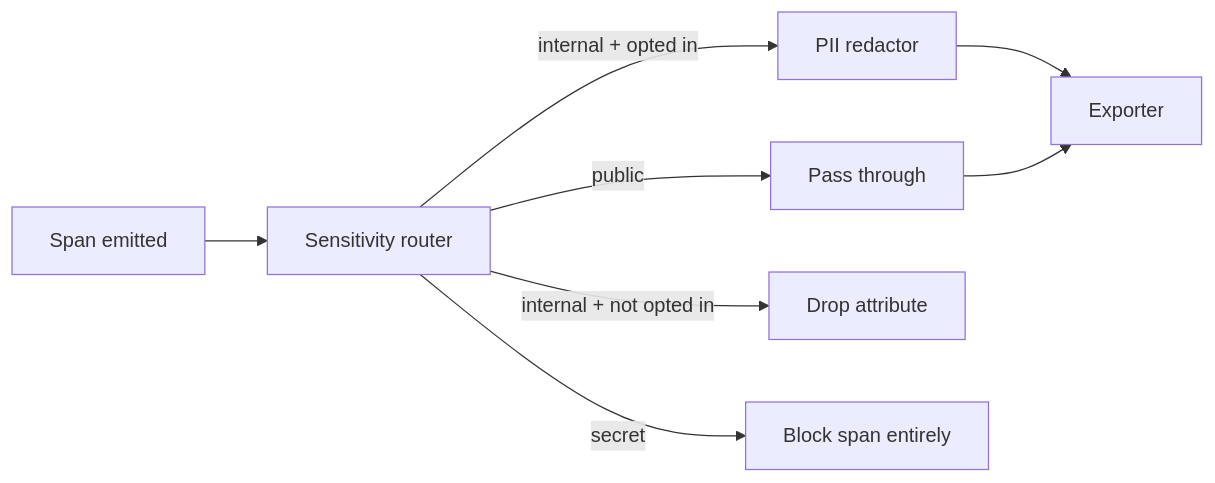
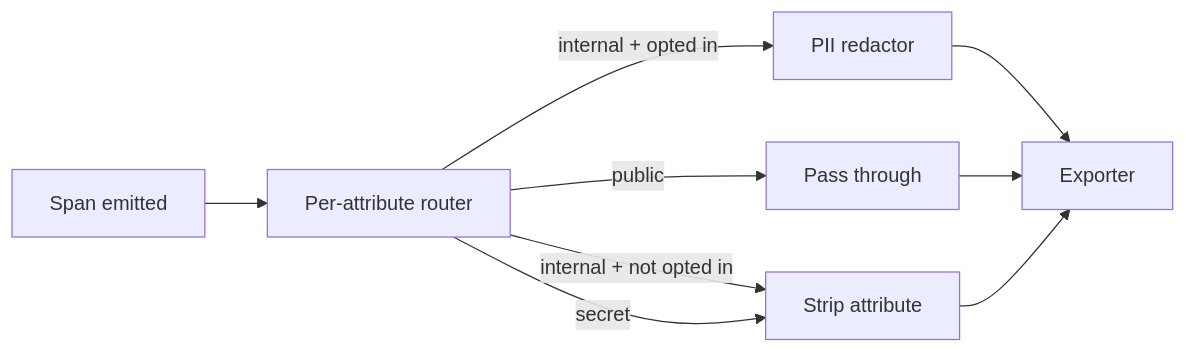
Before and after one commit to o-stepper/graphorin: the second of 2 diagrams in documentation/guide/observability.md, drawn with Mermaid. The commit also changed other lines of this file and 12 other files, not shown here.

````diff
--- a/documentation/guide/observability.md
+++ b/documentation/guide/observability.md
@@ -50,10 +50,11 @@
 ```mermaid
 flowchart LR
-    Span[Span emitted] --> SR[Sensitivity router]
+    Span[Span emitted] --> SR[Per-attribute router]
     SR -->|public| Pass[Pass through]
     SR -->|internal + opted in| RPI[PII redactor]
-    SR -->|internal + not opted in| Drop[Drop attribute]
-    SR -->|secret| Block[Block span entirely]
+    SR -->|internal + not opted in| Strip[Strip attribute]
+    SR -->|secret| Strip
     RPI --> Out[Exporter]
     Pass --> Out
+    Strip --> Out
 ```
````
